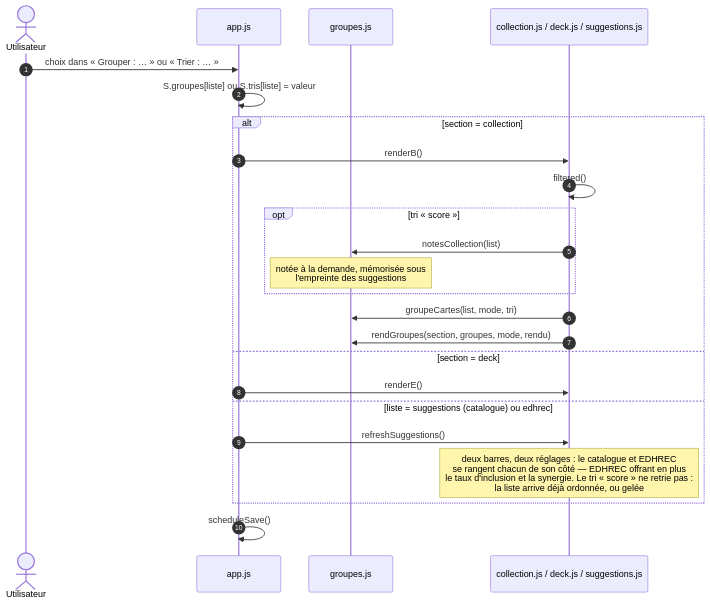
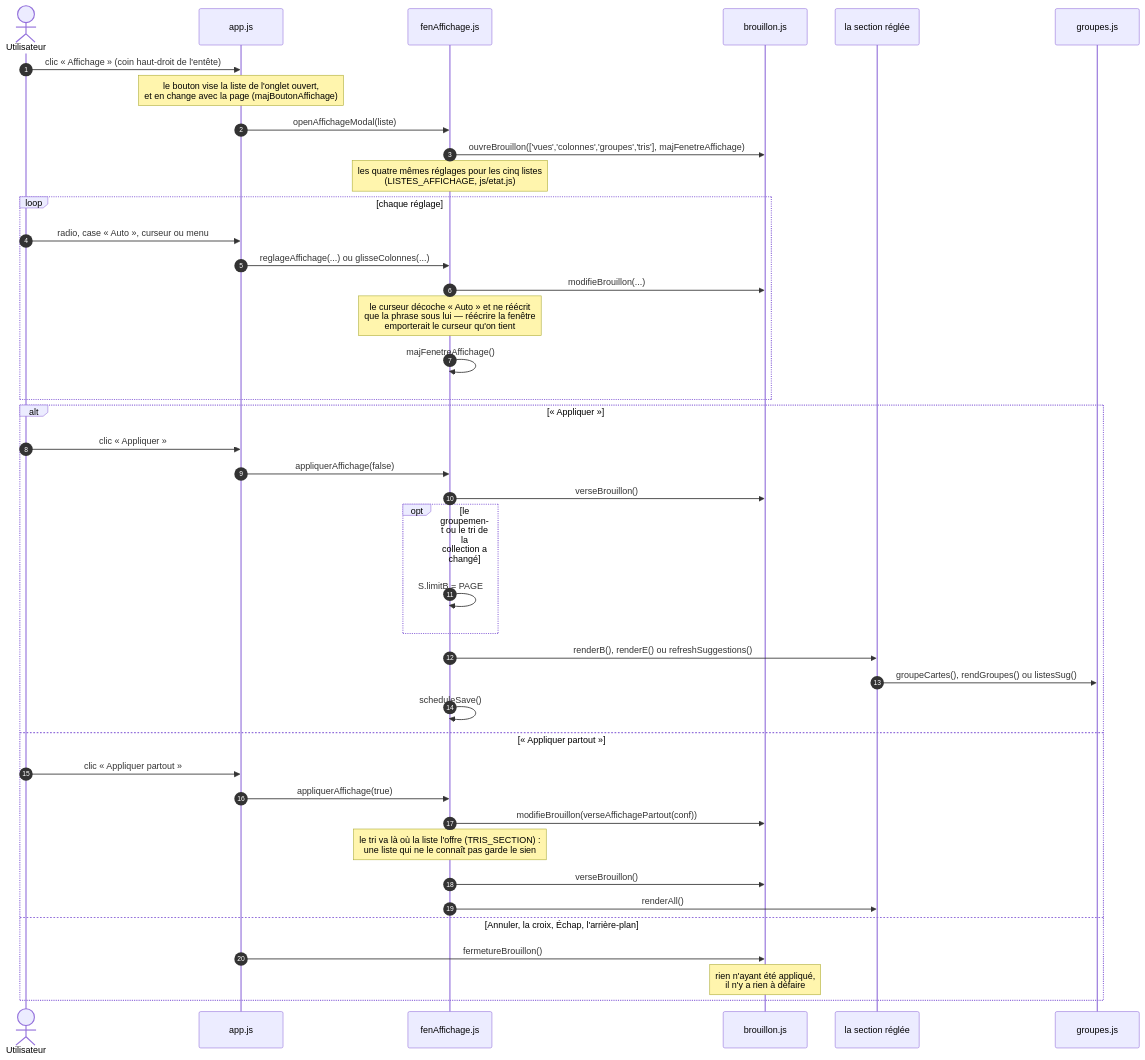
One commit to HJoudrier/MtgDeckBuilder changed the seventh of 15 diagrams in PARCOURS.md. Above: the diagram before and after it, drawn with Mermaid. The commit also changed other lines of this file and 11 other files, not shown here.

````diff
--- a/PARCOURS.md
+++ b/PARCOURS.md
@@ -300,27 +343,44 @@
 ```mermaid
 sequenceDiagram
     autonumber
     actor U as Utilisateur
     participant APP as app.js
+    participant AFF as fenAffichage.js
+    participant BR as brouillon.js
+    participant SEC as la section réglée
     participant GRP as groupes.js
-    participant SEC as collection.js / deck.js / suggestions.js
 
-    U->>APP: choix dans « Grouper : … » ou « Trier : … »
-    APP->>APP: S.groupes[liste] ou S.tris[liste] = valeur
-    alt section = collection
-        APP->>SEC: renderB()
-        SEC->>SEC: filtered()
-        opt tri « score »
-            SEC->>GRP: notesCollection(list)
-            Note over GRP: notée à la demande, mémorisée sous<br/>l'empreinte des suggestions
+    U->>APP: clic « Affichage » (coin haut-droit de l'entête)
+    Note over APP: le bouton vise la liste de l'onglet ouvert,<br/>et en change avec la page (majBoutonAffichage)
+    APP->>AFF: openAffichageModal(liste)
+    AFF->>BR: ouvreBrouillon(['vues','colonnes','groupes','tris'], majFenetreAffichage)
+    Note over AFF: les quatre mêmes réglages pour les cinq listes<br/>(LISTES_AFFICHAGE, js/etat.js)
+    loop chaque réglage
+        U->>APP: radio, case « Auto », curseur ou menu
+        APP->>AFF: reglageAffichage(...) ou glisseColonnes(...)
+        AFF->>BR: modifieBrouillon(...)
+        Note over AFF: le curseur décoche « Auto » et ne réécrit<br/>que la phrase sous lui — réécrire la fenêtre<br/>emporterait le curseur qu'on tient
+        AFF->>AFF: majFenetreAffichage()
+    end
+    alt « Appliquer »
+        U->>APP: clic « Appliquer »
+        APP->>AFF: appliquerAffichage(false)
+        AFF->>BR: verseBrouillon()
+        opt le groupement ou le tri de la collection a changé
+            AFF->>AFF: S.limitB = PAGE
         end
-        SEC->>GRP: groupeCartes(list, mode, tri)
-        SEC->>GRP: rendGroupes(section, groupes, mode, rendu)
-    else section = deck
-        APP->>SEC: renderE()
-    else liste = suggestions (catalogue) ou edhrec
-        APP->>SEC: refreshSuggestions()
-        Note over SEC: deux barres, deux réglages : le catalogue et EDHREC<br/>se rangent chacun de son côté — EDHREC offrant en plus<br/>le taux d'inclusion et la synergie. Le tri « score » ne retrie pas :<br/>la liste arrive déjà ordonnée, ou gelée
+        AFF->>SEC: renderB(), renderE() ou refreshSuggestions()
+        SEC->>GRP: groupeCartes(), rendGroupes() ou listesSug()
+        AFF->>AFF: scheduleSave()
+    else « Appliquer partout »
+        U->>APP: clic « Appliquer partout »
+        APP->>AFF: appliquerAffichage(true)
+        AFF->>BR: modifieBrouillon(verseAffichagePartout(conf))
+        Note over AFF: le tri va là où la liste l'offre (TRIS_SECTION) :<br/>une liste qui ne le connaît pas garde le sien
+        AFF->>BR: verseBrouillon()
+        AFF->>SEC: renderAll()
+    else Annuler, la croix, Échap, l'arrière-plan
+        APP->>BR: fermetureBrouillon()
+        Note over BR: rien n'ayant été appliqué,<br/>il n'y a rien à défaire
     end
-    APP->>APP: scheduleSave()
 ```
````
